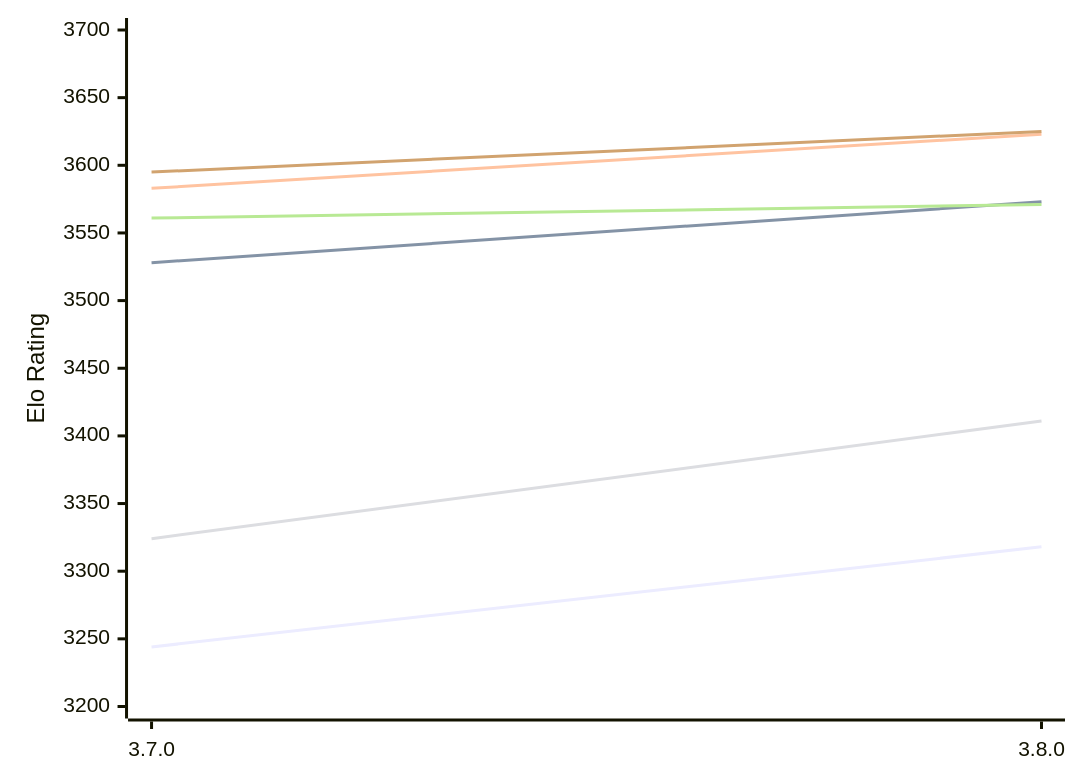
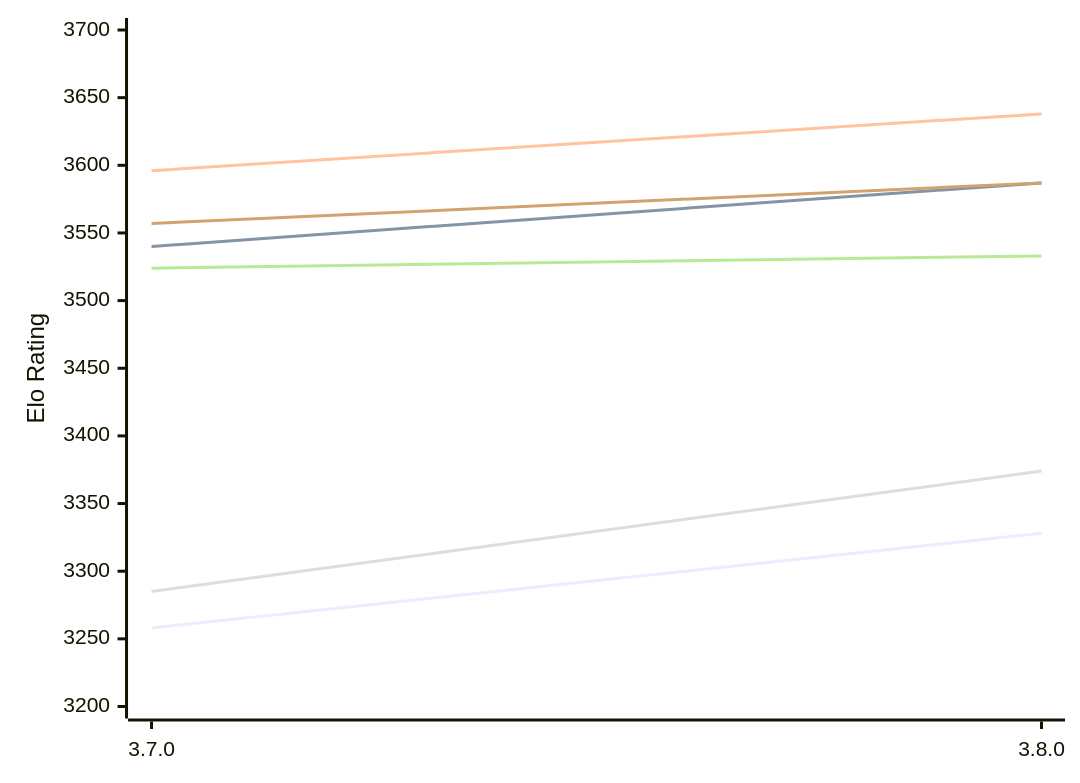
Before and after one commit to computer-chess-index/cci: the first of 2 diagrams in engines/Igel.md, drawn with Mermaid. The commit also changed other lines of this file, not shown here.

Commit message:
Update CCI Ratings (ELO VLTC) - 2026-11-14

````diff
--- a/engines/Igel.md
+++ b/engines/Igel.md
@@ -51,12 +51,12 @@
 ```mermaid
 %%{init: {"theme":"base","themeVariables":{"seriesColors:['#a3a3a3','#222221','#faa371']}}}%%
 xychart-beta
   x-axis ["3.7.0", "3.8.0"]
   y-axis "Elo Rating" 3200 --> 3700
-  line "E1: STC (8.0+0.08s)" [3244, 3318]
-  line "E1: LTC (60.0+0.60s)" [3528, 3573]
-  line "E1: VLTC (2m24s+1.12s)" [3583, 3623]
-  line "P1: STC (8.0+0.08s)" [3324, 3411]
-  line "P1: LTC (60.0+0.60s)" [3561, 3571]
-  line "P1: VLTC (2m24s+1.12s)" [3595, 3625]
+  line "E1: STC (8.0+0.08s)" [3258, 3328]
+  line "E1: LTC (60.0+0.60s)" [3540, 3587]
+  line "E1: VLTC (2m24s+1.12s)" [3596, 3638]
+  line "P1: STC (8.0+0.08s)" [3285, 3374]
+  line "P1: LTC (60.0+0.60s)" [3524, 3533]
+  line "P1: VLTC (2m24s+1.12s)" [3557, 3587]
 ```
````
